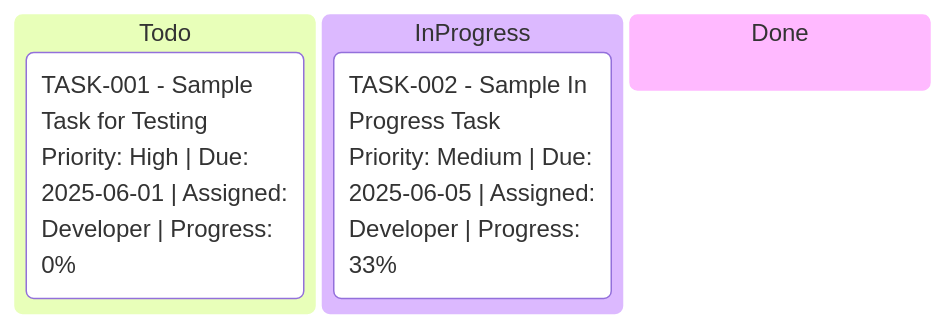
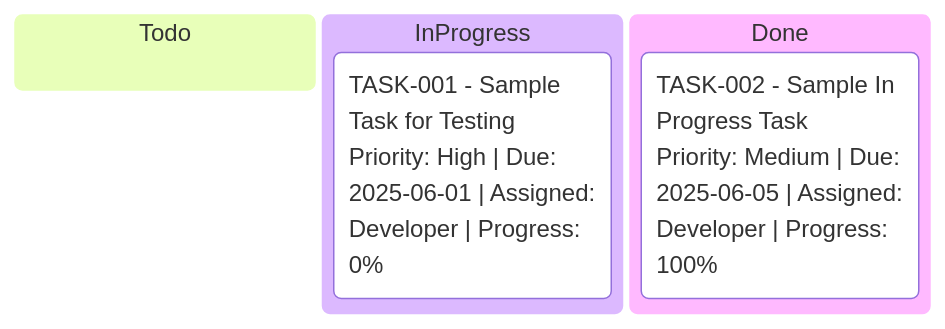
The first of 2 diagrams in plan.md (Interstellar-code/taskheromd), drawn with Mermaid before and after one commit. The commit also changed other lines of this file and 3 other files, not shown here.

````diff
--- a/plan.md
+++ b/plan.md
@@ -13,11 +13,11 @@
 ```mermaid
 kanban
     Todo
+    
+    InProgress
             task-TASK-001[TASK-001 - Sample Task for Testing
 Priority: High | Due: 2025-06-01 | Assigned: Developer | Progress: 0%]
-    InProgress
+    Done
             task-TASK-002[TASK-002 - Sample In Progress Task
-Priority: Medium | Due: 2025-06-05 | Assigned: Developer | Progress: 33%]
-    Done
-    
+Priority: Medium | Due: 2025-06-05 | Assigned: Developer | Progress: 100%]
 ```
````
